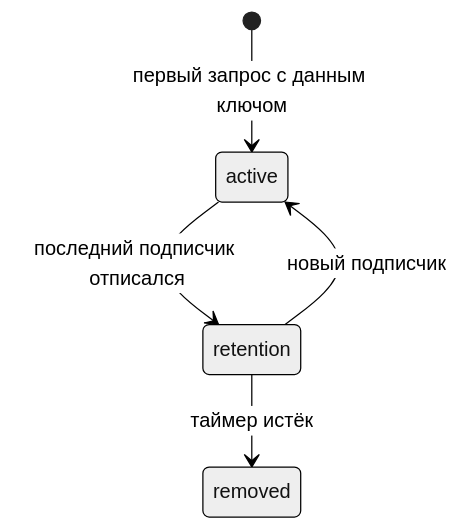
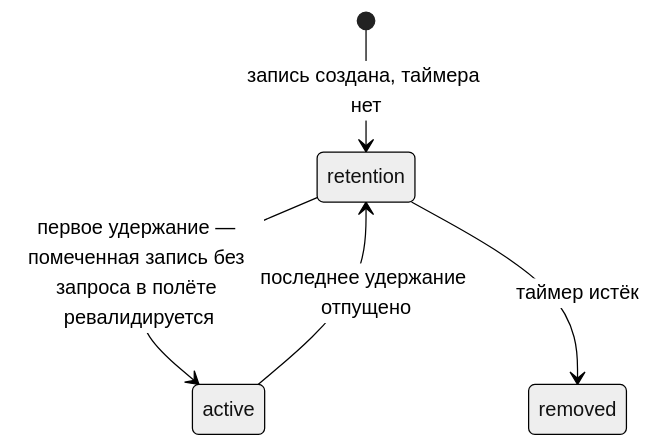
One commit to fozy-labs/rx-toolkit changed the diagram in docs/query/concepts/cache.md. Above: the diagram before and after it, drawn with Mermaid (neutral theme). The commit also changed other lines of this file and 56 other files, not shown here.

````diff
--- a/docs/query/concepts/cache.md
+++ b/docs/query/concepts/cache.md
@@ -9,7 +11,7 @@
 ```mermaid
 stateDiagram-v2
-    [*] --> active : первый запрос с данным ключом
-    active --> retention : последний подписчик отписался
-    retention --> active : новый подписчик
+    [*] --> retention : запись создана, таймера нет
+    retention --> active : первое удержание — помеченная запись без запроса в полёте ревалидируется
+    active --> retention : последнее удержание отпущено
     retention --> removed : таймер истёк
 ```
````
